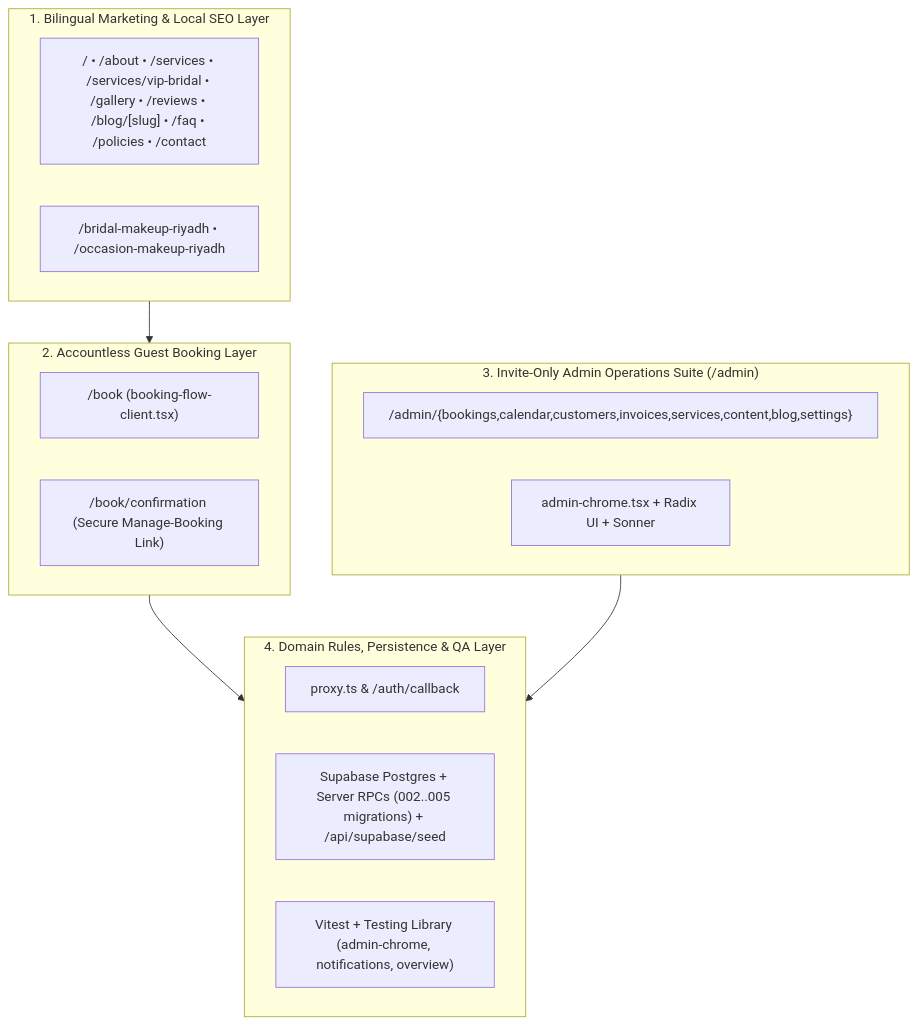
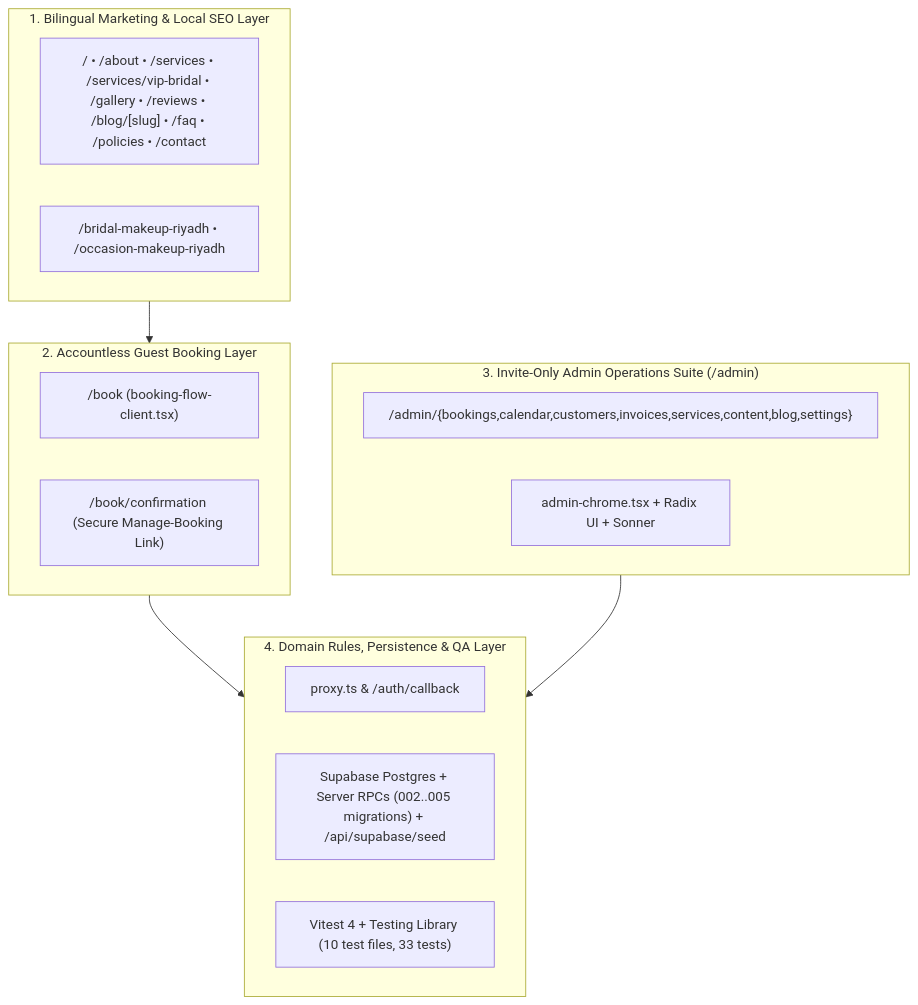
Before and after one commit to islamsamyy/Amani-KhalIi: the first of 2 diagrams in README.md, drawn with Mermaid. The commit also changed other lines of this file and 9 other files, not shown here.

````diff
--- a/README.md
+++ b/README.md
@@ -39,26 +55,26 @@
 ```mermaid
 flowchart TB
     subgraph L1["1. Bilingual Marketing & Local SEO Layer"]
         Home["/ • /about • /services • /services/vip-bridal • /gallery • /reviews • /blog/[slug] • /faq • /policies • /contact"]
         LocalSEO["/bridal-makeup-riyadh • /occasion-makeup-riyadh"]
     end
 
     subgraph L2["2. Accountless Guest Booking Layer"]
         Book["/book (booking-flow-client.tsx)"]
         Confirm["/book/confirmation (Secure Manage-Booking Link)"]
     end
 
     subgraph L3["3. Invite-Only Admin Operations Suite (/admin)"]
         Admin["/admin/{bookings,calendar,customers,invoices,services,content,blog,settings}"]
         Chrome["admin-chrome.tsx + Radix UI + Sonner"]
     end
 
     subgraph L4["4. Domain Rules, Persistence & QA Layer"]
         Proxy["proxy.ts & /auth/callback"]
         Supa["Supabase Postgres + Server RPCs (002..005 migrations) + /api/supabase/seed"]
-        Tests["Vitest + Testing Library (admin-chrome, notifications, overview)"]
+        Tests["Vitest 4 + Testing Library (10 test files, 33 tests)"]
     end
 
     L1 --> L2 --> L4
     L3 --> L4
 ```
````
